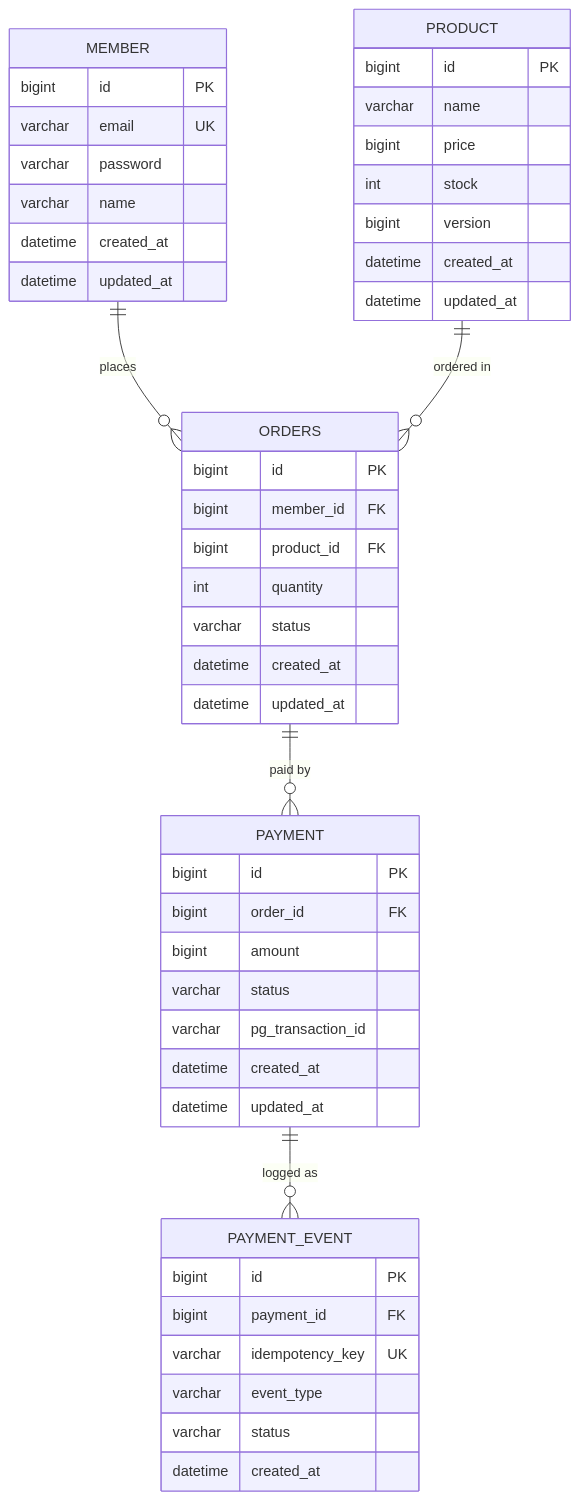
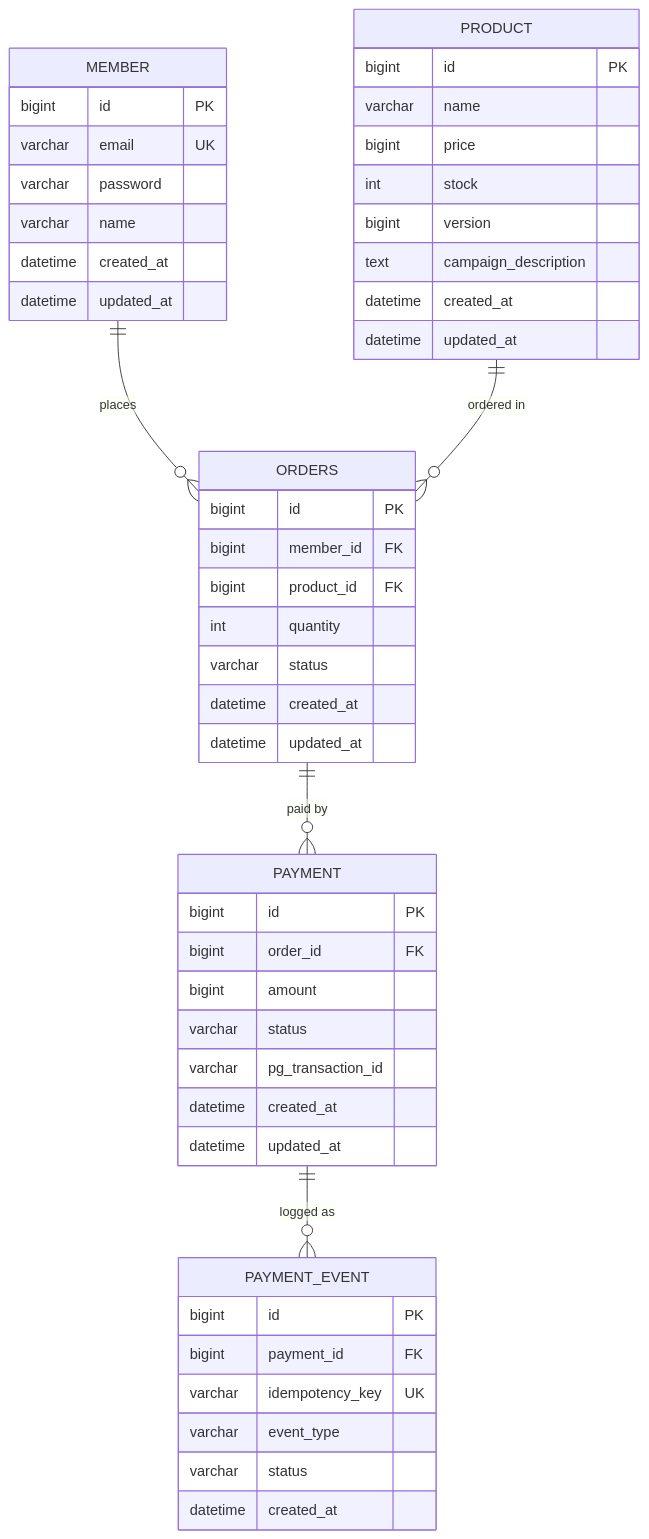
Before and after one commit to wlaud2000/PayFlow: the diagram in README.md, drawn with Mermaid. The commit also changed other lines of this file and 2 other files, not shown here.

````diff
--- a/README.md
+++ b/README.md
@@ -5,55 +19,56 @@
 ```mermaid
 erDiagram
     MEMBER {
         bigint id PK
         varchar email UK
         varchar password
         varchar name
         datetime created_at
         datetime updated_at
     }
 
     PRODUCT {
         bigint id PK
         varchar name
         bigint price
         int stock
         bigint version
+        text campaign_description
         datetime created_at
         datetime updated_at
     }
 
     ORDERS {
         bigint id PK
         bigint member_id FK
         bigint product_id FK
         int quantity
         varchar status
         datetime created_at
         datetime updated_at
     }
 
     PAYMENT {
         bigint id PK
         bigint order_id FK
         bigint amount
         varchar status
         varchar pg_transaction_id
         datetime created_at
         datetime updated_at
     }
 
     PAYMENT_EVENT {
         bigint id PK
         bigint payment_id FK
         varchar idempotency_key UK
         varchar event_type
         varchar status
         datetime created_at
     }
 
     MEMBER ||--o{ ORDERS : "places"
     PRODUCT ||--o{ ORDERS : "ordered in"
     ORDERS ||--o{ PAYMENT : "paid by"
     PAYMENT ||--o{ PAYMENT_EVENT : "logged as"
 ```
````
